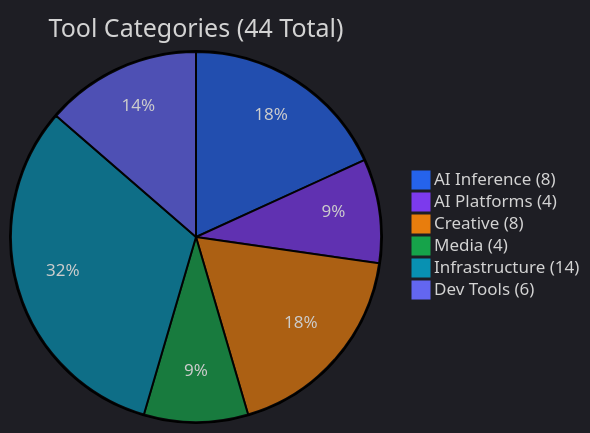
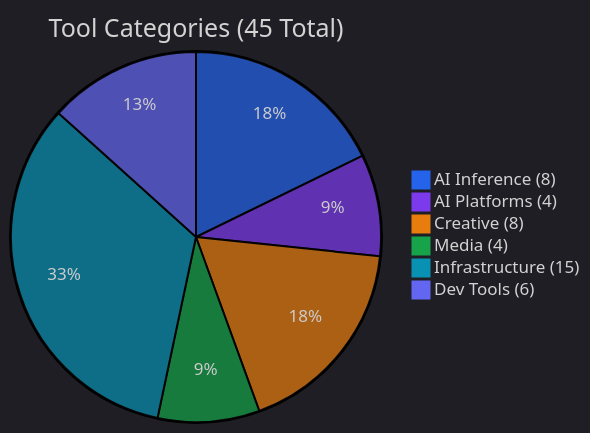
Before and after one commit to mvalancy/val-ark: the diagram in docs/TOOLS.md, drawn with Mermaid. The commit also changed other lines of this file and 16 other files, not shown here.

````diff
--- a/docs/TOOLS.md
+++ b/docs/TOOLS.md
@@ -5,10 +5,10 @@
 ```mermaid
 %%{init: {'theme': 'dark', 'themeVariables': {'pie1': '#2563eb', 'pie2': '#7c3aed', 'pie3': '#e87d0d', 'pie4': '#16a34a', 'pie5': '#0891b2', 'pie6': '#6366f1'}}}%%
-pie title Tool Categories (44 Total)
+pie title Tool Categories (45 Total)
     "AI Inference (8)" : 8
     "AI Platforms (4)" : 4
     "Creative (8)" : 8
     "Media (4)" : 4
-    "Infrastructure (14)" : 14
+    "Infrastructure (15)" : 15
     "Dev Tools (6)" : 6
 ```
````
